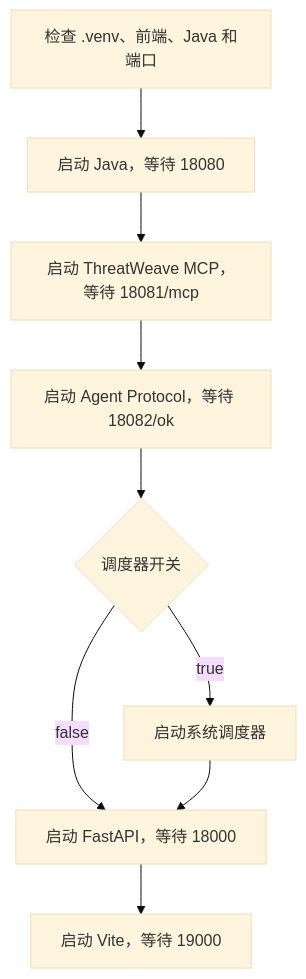
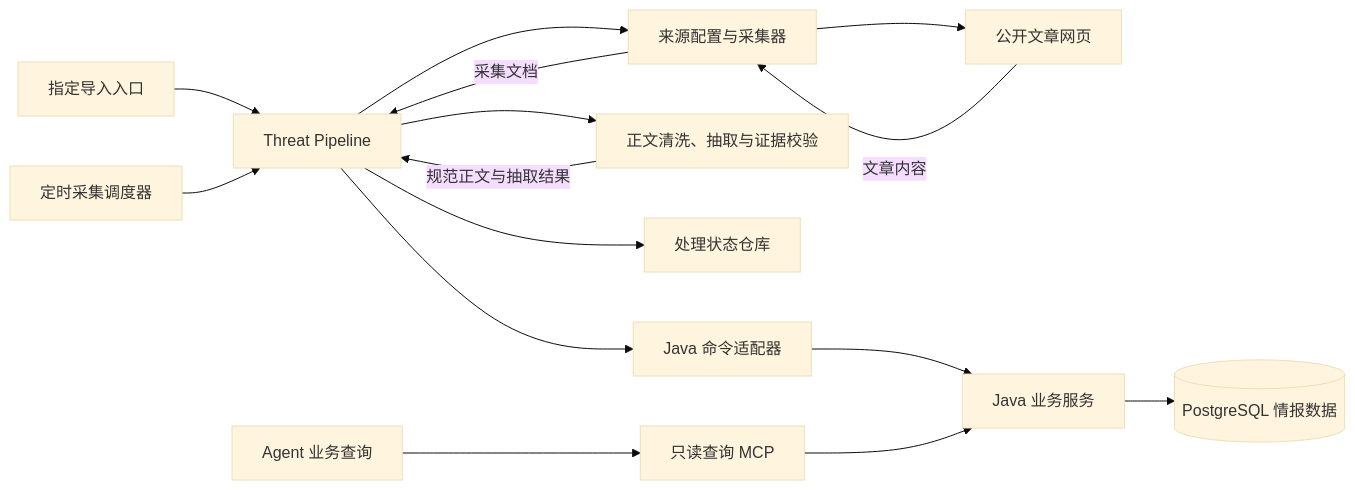
The eighth of 33 diagrams in doc/PROJECT_DOCUMENTATION.md (greenC2h/ThreatWeave), drawn with Mermaid (base theme) before and after one commit. The commit also changed other lines of this file and 9 other files, not shown here.

````diff
--- a/doc/PROJECT_DOCUMENTATION.md
+++ b/doc/PROJECT_DOCUMENTATION.md
@@ -163,11 +608,17 @@
 ```mermaid
-flowchart TD
-    CHECK["检查 .venv、前端、Java 和端口"] --> JAVA["启动 Java，等待 18080"]
-    JAVA --> MCP["启动 ThreatWeave MCP，等待 18081/mcp"]
-    MCP --> PROTOCOL["启动 Agent Protocol，等待 18082/ok"]
-    PROTOCOL --> SCHEDULER{"调度器开关"}
-    SCHEDULER -->|"true"| SCHED["启动系统调度器"]
-    SCHEDULER -->|"false"| API["启动 FastAPI，等待 18000"]
-    SCHED --> API
-    API --> VITE["启动 Vite，等待 19000"]
+flowchart LR
+    SPECIFIED["指定导入入口"] --> PIPE["Threat Pipeline"]
+    SCHED["定时采集调度器"] --> PIPE
+    PIPE --> COLLECT["来源配置与采集器"]
+    COLLECT --> WEB["公开文章网页"]
+    WEB -->|文章内容| COLLECT
+    COLLECT -->|采集文档| PIPE
+    PIPE --> CONVERT["正文清洗、抽取与证据校验"]
+    CONVERT -->|规范正文与抽取结果| PIPE
+    PIPE --> STATUS["处理状态仓库"]
+    PIPE --> GATEWAY["Java 命令适配器"]
+    GATEWAY --> JAVA["Java 业务服务"]
+    JAVA --> DATA[("PostgreSQL 情报数据")]
+    QUERY["Agent 业务查询"] --> MCP["只读查询 MCP"]
+    MCP --> JAVA
 ```
````
